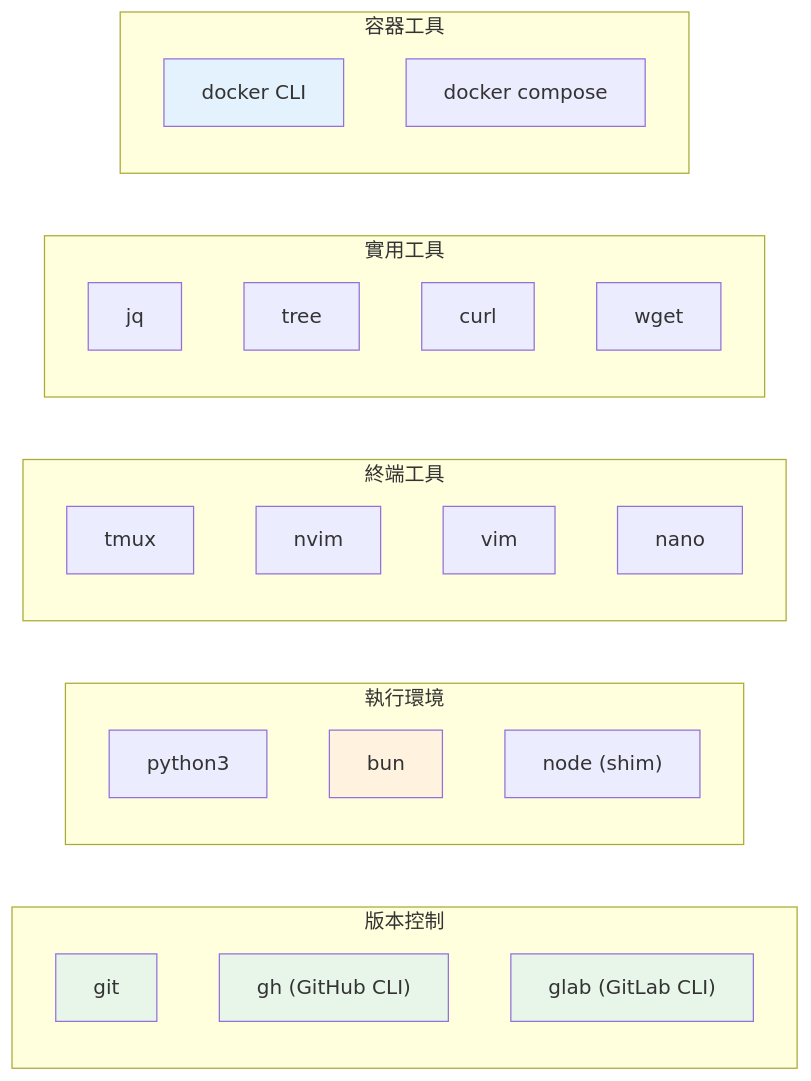
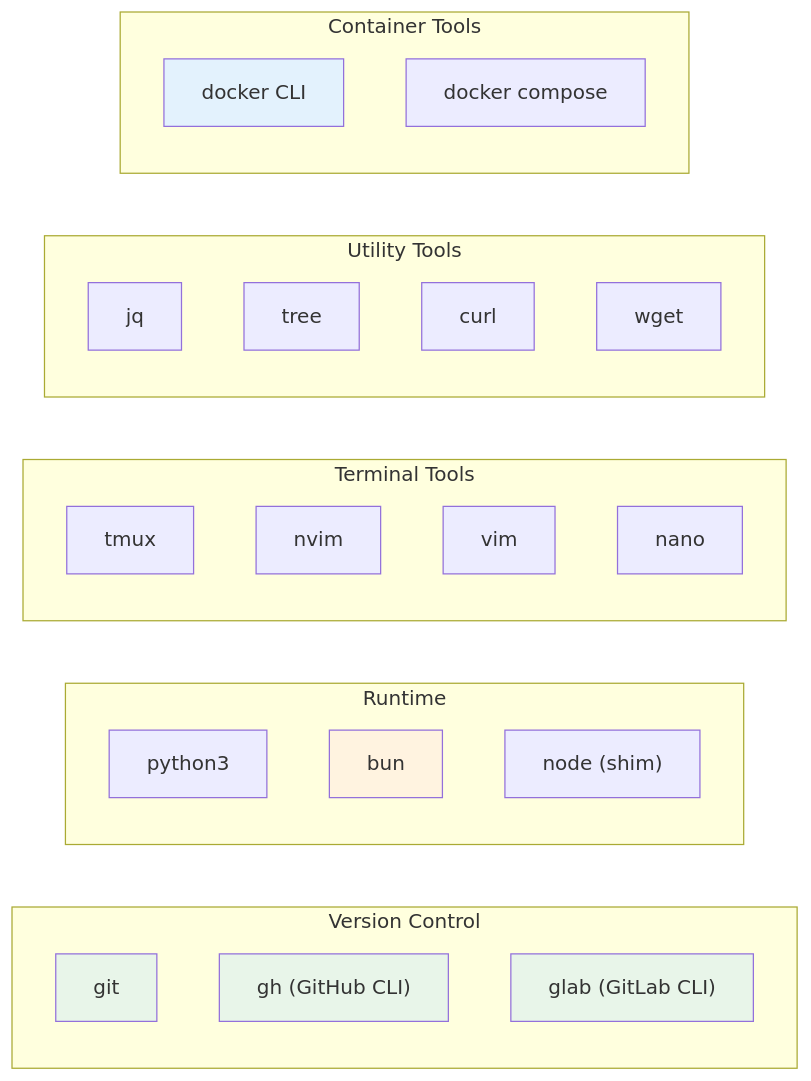
The tenth of 10 diagrams in docs/ARCHITECTURE.md (tryweb/ai-engkit), drawn with Mermaid before and after one commit. The commit also changed other lines of this file and 14 other files, not shown here.

````diff
--- a/docs/ARCHITECTURE.md
+++ b/docs/ARCHITECTURE.md
@@ -377,39 +377,39 @@
 ```mermaid
 graph LR
-    subgraph "版本控制"
+    subgraph "Version Control"
         GIT["git"]
         GH["gh (GitHub CLI)"]
         GLAB["glab (GitLab CLI)"]
     end
 
-    subgraph "執行環境"
+    subgraph "Runtime"
         PYTHON["python3"]
         BUN["bun"]
         NODE["node (shim)"]
     end
 
-    subgraph "終端工具"
+    subgraph "Terminal Tools"
         TMUX["tmux"]
         NEOVIM["nvim"]
         VIM["vim"]
         NANO["nano"]
     end
 
-    subgraph "實用工具"
+    subgraph "Utility Tools"
         JQ["jq"]
         TREE["tree"]
         CURL["curl"]
         WGET["wget"]
     end
 
-    subgraph "容器工具"
+    subgraph "Container Tools"
         DOCKER["docker CLI"]
         COMPOSE["docker compose"]
     end
 
     style GIT fill:#e8f5e9
     style GH fill:#e8f5e9
     style GLAB fill:#e8f5e9
     style BUN fill:#fff3e0
     style DOCKER fill:#e3f2fd
 ```
````
